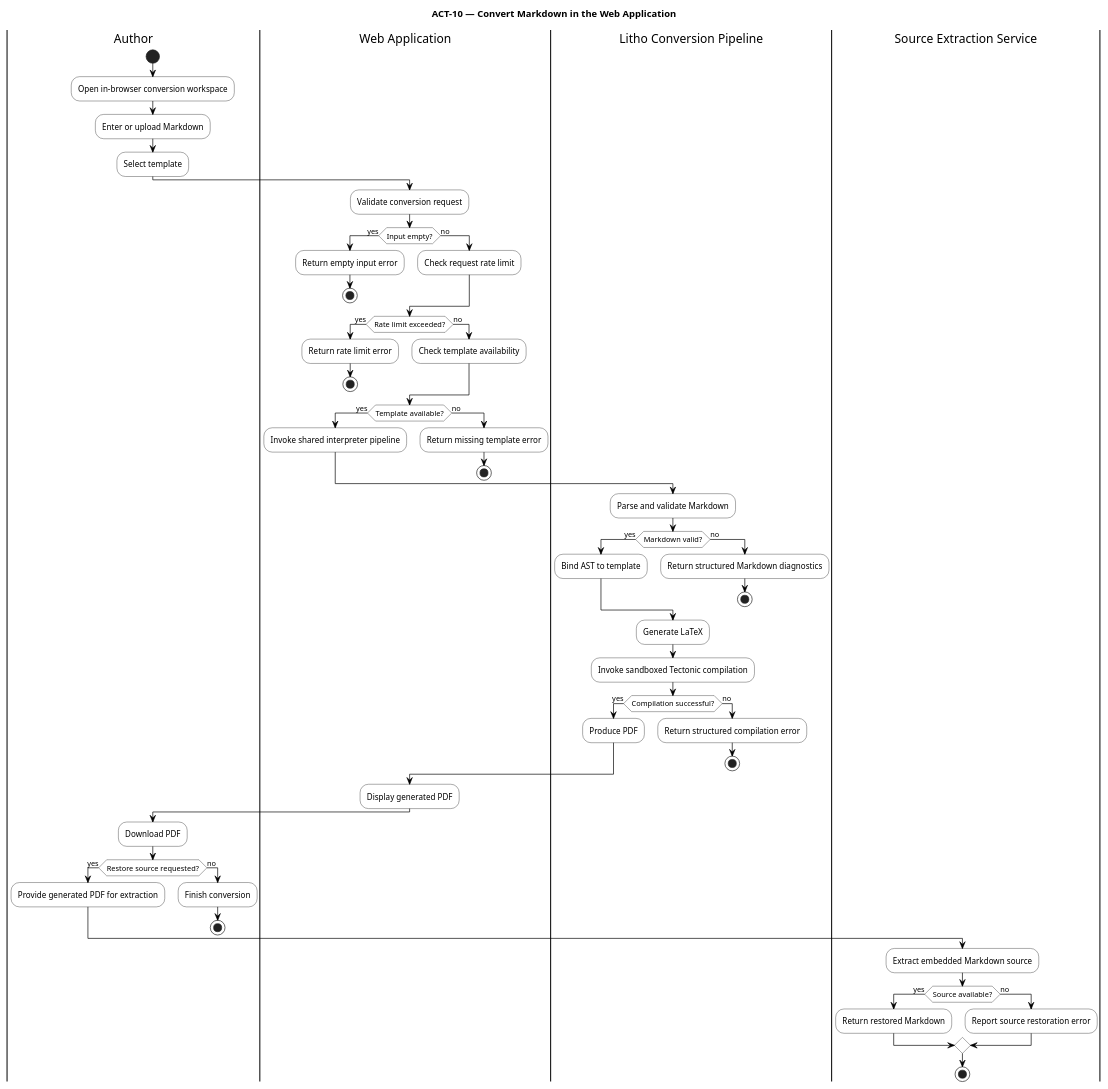
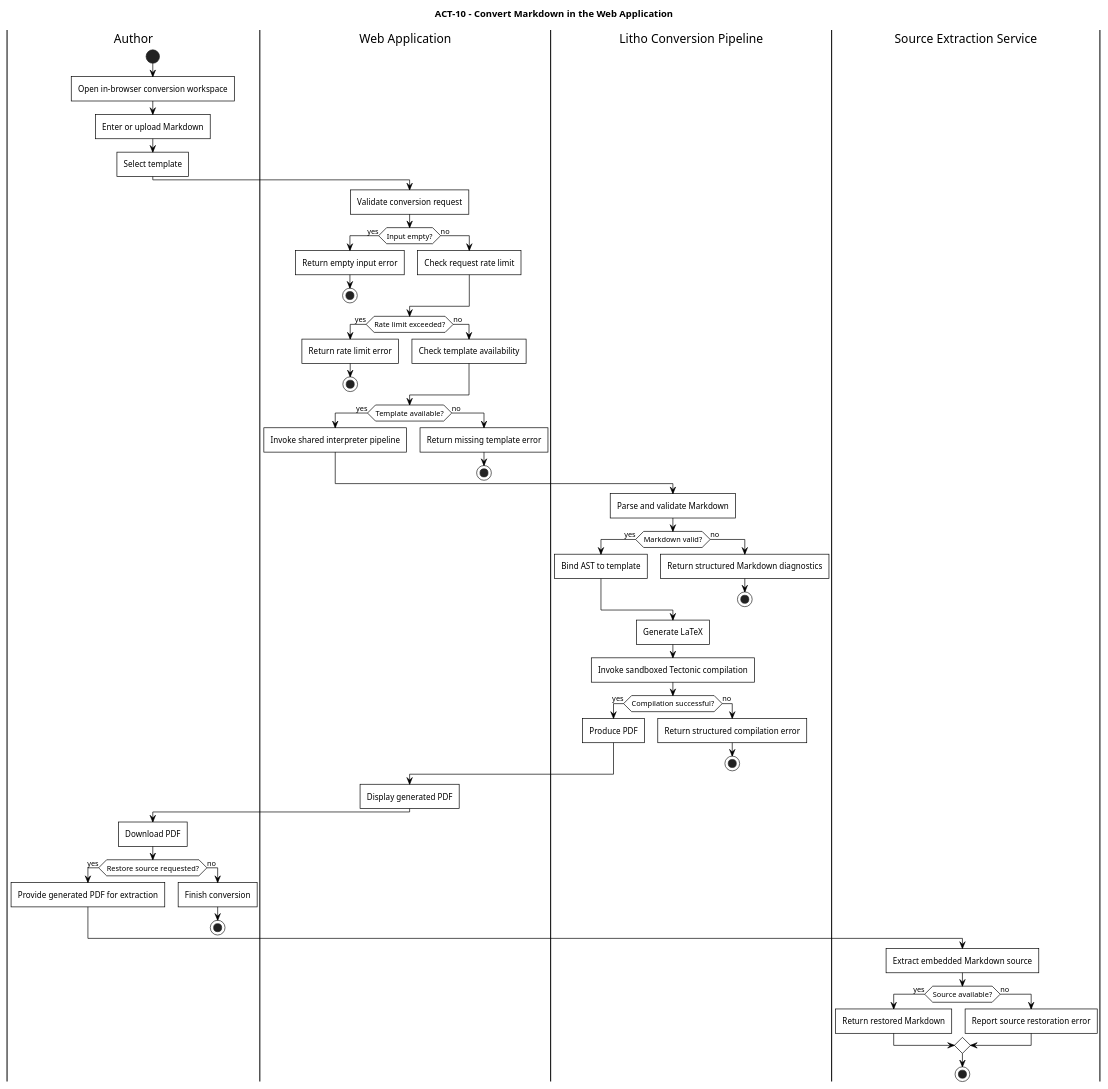
One commit to Litho-MD/uet-fyp-docs changed the diagram in diagrams/puml/activity/10-web-conversion.puml. Above: the diagram before and after it, drawn with PlantUML. The commit also changed 38 other files, not shown here.

Commit message:
fix(diagrams): add diamond merge loops to userflows, square borders to activities, and align security review text

```diff
--- a/diagrams/puml/activity/10-web-conversion.puml
+++ b/diagrams/puml/activity/10-web-conversion.puml
@@ -1,85 +1,88 @@
 @startuml
-title ACT-10 — Convert Markdown in the Web Application
+title ACT-10 - Convert Markdown in the Web Application
 
 skinparam monochrome true
 skinparam backgroundColor white
 skinparam shadowing false
+skinparam roundCorner 0
+skinparam defaultTextAlignment center
+skinparam activityBorderThickness 1
 skinparam activity {
     BackgroundColor white
     BorderColor black
     FontColor black
     DiamondBackgroundColor white
     DiamondBorderColor black
 }
 skinparam ArrowColor black
 skinparam defaultFontColor black
 
 |Author|
 start
 :Open in-browser conversion workspace;
 :Enter or upload Markdown;
 :Select template;
 
 |Web Application|
 :Validate conversion request;
 if (Input empty?) then (yes)
     :Return empty input error;
     stop
 else (no)
     :Check request rate limit;
 endif
 
 if (Rate limit exceeded?) then (yes)
     :Return rate limit error;
     stop
 else (no)
     :Check template availability;
 endif
 
 if (Template available?) then (yes)
     :Invoke shared interpreter pipeline;
 else (no)
     :Return missing template error;
     stop
 endif
 
 |Litho Conversion Pipeline|
 :Parse and validate Markdown;
 if (Markdown valid?) then (yes)
     :Bind AST to template;
 else (no)
     :Return structured Markdown diagnostics;
     stop
 endif
 
 :Generate LaTeX;
 :Invoke sandboxed Tectonic compilation;
 if (Compilation successful?) then (yes)
     :Produce PDF;
 else (no)
     :Return structured compilation error;
     stop
 endif
 
 |Web Application|
 :Display generated PDF;
 
 |Author|
 :Download PDF;
 if (Restore source requested?) then (yes)
     :Provide generated PDF for extraction;
 else (no)
     :Finish conversion;
     stop
 endif
 
 |Source Extraction Service|
 :Extract embedded Markdown source;
 if (Source available?) then (yes)
     :Return restored Markdown;
 else (no)
     :Report source restoration error;
 endif
 
 stop
 @enduml
```
